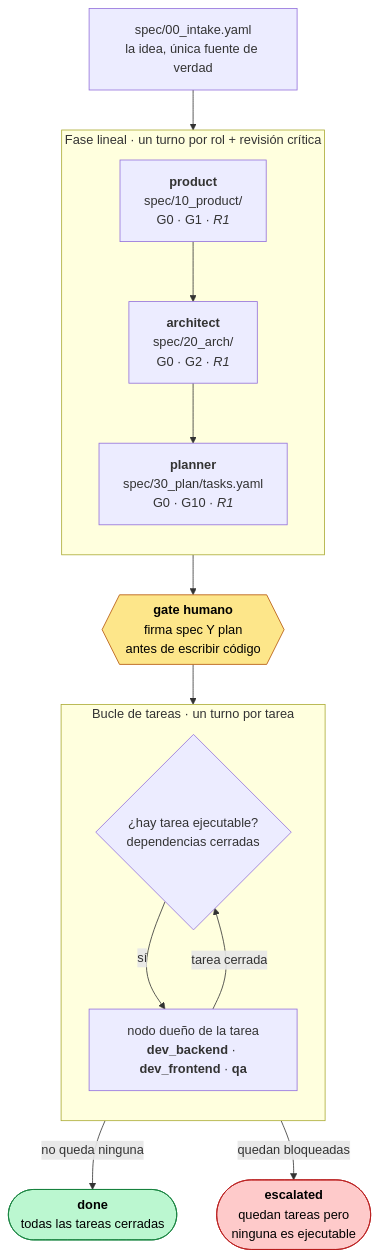
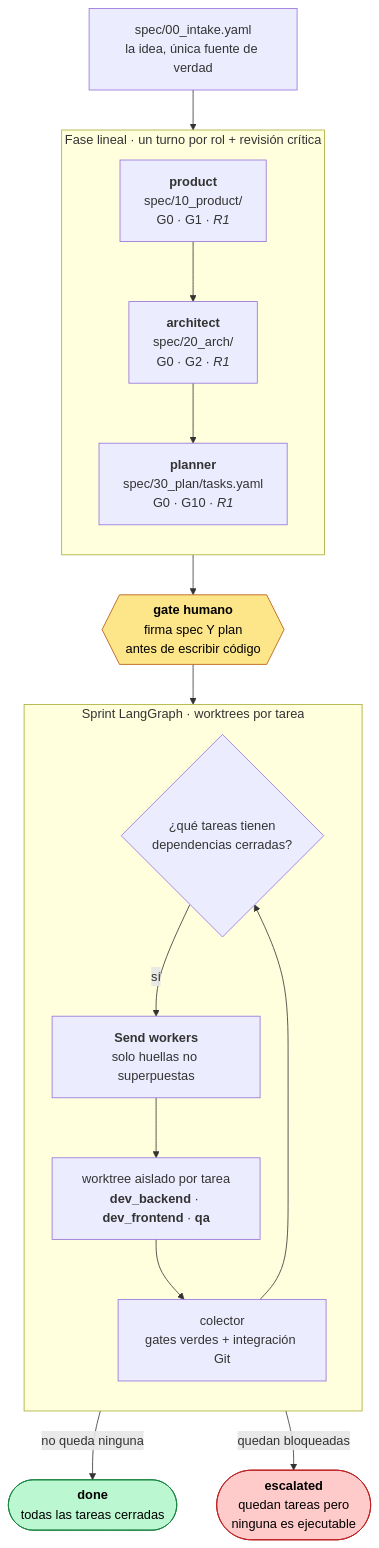
One commit to mimarumo25/AutoScrum-IA changed the first of 7 diagrams in FLUJO.md. Above: the diagram before and after it, drawn with Mermaid. The commit also changed other lines of this file and 16 other files, not shown here.

````diff
--- a/FLUJO.md
+++ b/FLUJO.md
@@ -13,34 +13,35 @@
 ```mermaid
 flowchart TD
     idea["spec/00_intake.yaml<br/>la idea, única fuente de verdad"]
 
     subgraph LINEAL ["Fase lineal · un turno por rol + revisión crítica"]
         direction TB
         P["<b>product</b><br/>spec/10_product/<br/>G0 · G1 · <i>R1</i>"]
         A["<b>architect</b><br/>spec/20_arch/<br/>G0 · G2 · <i>R1</i>"]
         PL["<b>planner</b><br/>spec/30_plan/tasks.yaml<br/>G0 · G10 · <i>R1</i>"]
         P --> A --> PL
     end
 
     H{{"<b>gate humano</b><br/>firma spec Y plan<br/>antes de escribir código"}}
 
-    subgraph BUCLE ["Bucle de tareas · un turno por tarea"]
+    subgraph BUCLE ["Sprint LangGraph · worktrees por tarea"]
         direction TB
-        SEL{"¿hay tarea ejecutable?<br/>dependencias cerradas"}
-        EXE["nodo dueño de la tarea<br/><b>dev_backend</b> · <b>dev_frontend</b> · <b>qa</b>"]
-        SEL -->|sí| EXE
-        EXE -->|"tarea cerrada"| SEL
+        SEL{"¿qué tareas tienen<br/>dependencias cerradas?"}
+        SEND["<b>Send workers</b><br/>solo huellas no superpuestas"]
+        EXE["worktree aislado por tarea<br/><b>dev_backend</b> · <b>dev_frontend</b> · <b>qa</b>"]
+        COL["colector<br/>gates verdes + integración Git"]
+        SEL -->|sí| SEND --> EXE --> COL --> SEL
     end
 
     OK(["<b>done</b><br/>todas las tareas cerradas"])
     ESC(["<b>escalated</b><br/>quedan tareas pero<br/>ninguna es ejecutable"])
 
     idea --> P
     PL --> H --> SEL
     SEL -->|"no queda ninguna"| OK
     SEL -->|"quedan bloqueadas"| ESC
 
     style H fill:#fde68a,stroke:#b45309,color:#000
     style OK fill:#bbf7d0,stroke:#15803d,color:#000
     style ESC fill:#fecaca,stroke:#b91c1c,color:#000
 ```
````
